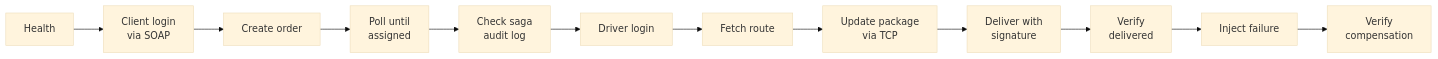
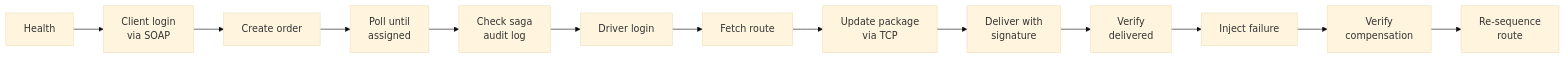
Before and after one commit to gayashan-indrasankha/Middleware-Architecture-for-SwiftLogistics: the fourth of 5 diagrams in README.md, drawn with Mermaid (base theme). The commit also changed other lines of this file and 3 other files, not shown here.

````diff
--- a/README.md
+++ b/README.md
@@ -271,7 +272,7 @@
 ```mermaid
 flowchart LR
     A[Health] --> B[Client login<br/>via SOAP] --> C[Create order] --> D[Poll until<br/>assigned]
     D --> E[Check saga<br/>audit log] --> F[Driver login] --> G[Fetch route]
     G --> H[Update package<br/>via TCP] --> I[Deliver with<br/>signature] --> J[Verify<br/>delivered]
-    J --> K[Inject failure] --> L[Verify<br/>compensation]
+    J --> K[Inject failure] --> L[Verify<br/>compensation] --> M[Re-sequence<br/>route]
 ```
````
